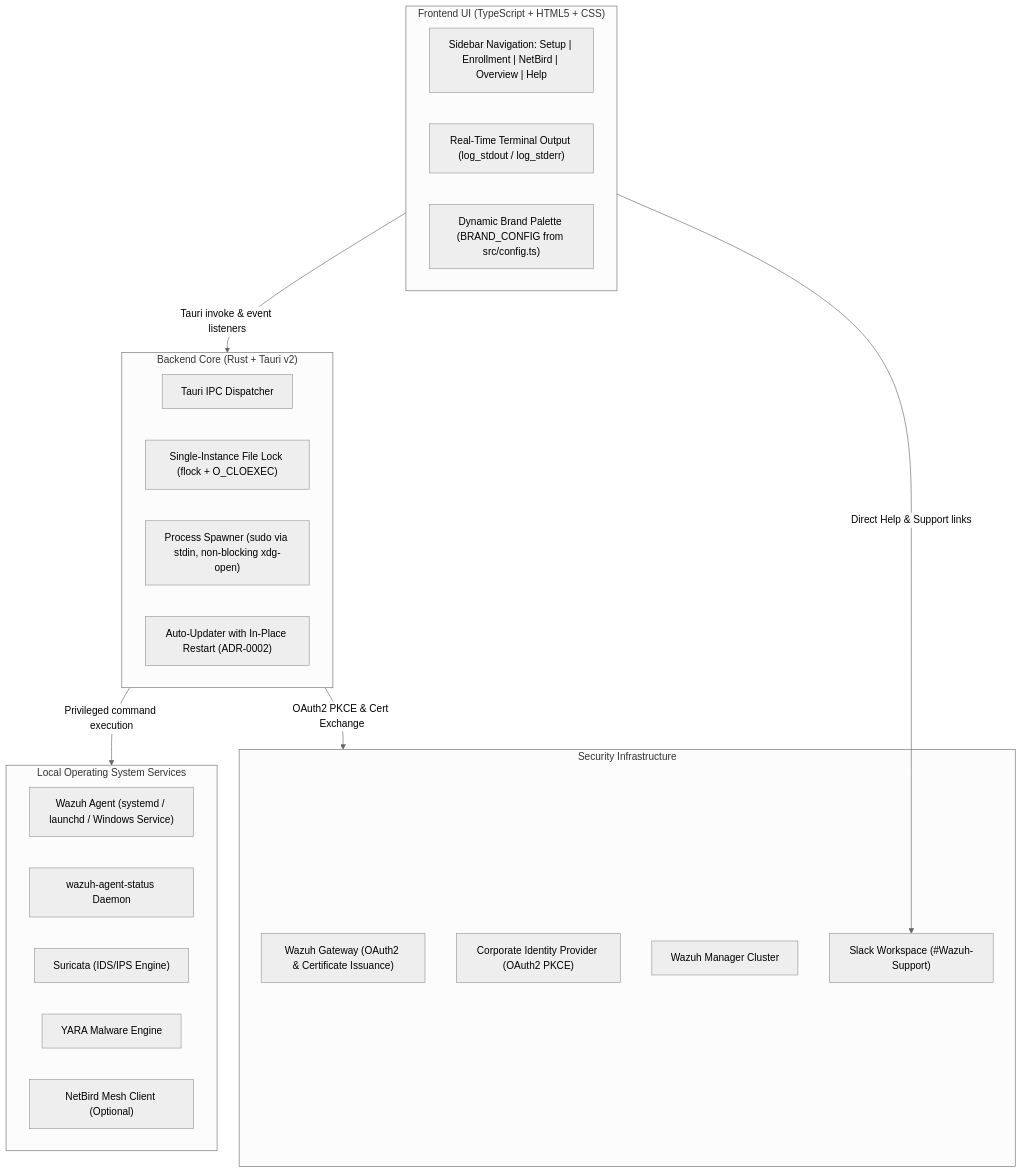
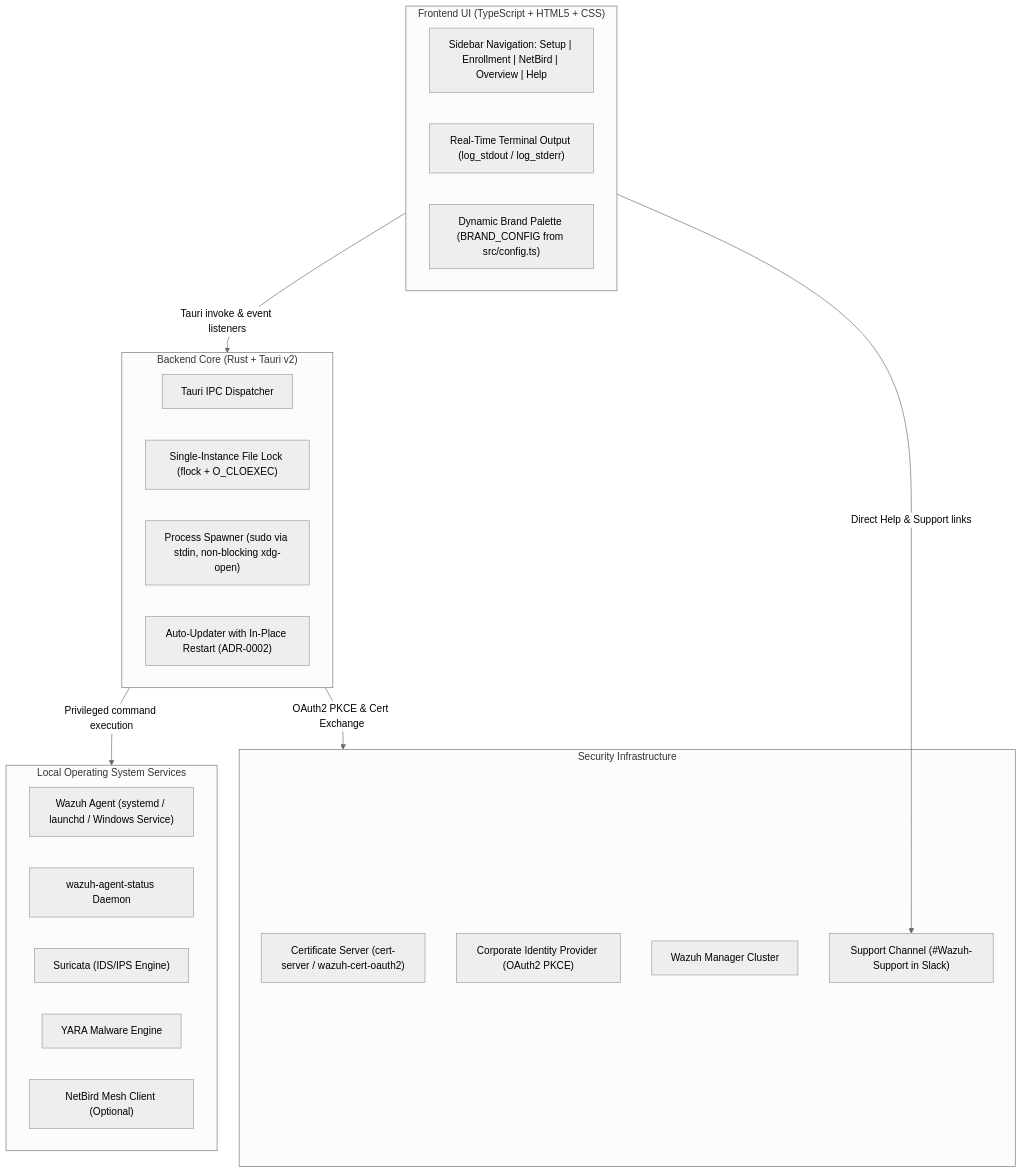
The first of 3 diagrams in docs/architecture/overview.md (ADORSYS-GIS/wazuh-agent-installer), drawn with Mermaid (neutral theme) before and after one commit. The commit also changed other lines of this file and 3 other files, not shown here.

First line of the commit message:
docs: use cert-server terminology, fix Mermaid edge syntax, and sanitize URLs

````diff
--- a/docs/architecture/overview.md
+++ b/docs/architecture/overview.md
@@ -9,35 +9,35 @@
 ```mermaid
 flowchart TD
     subgraph Frontend["Frontend UI (TypeScript + HTML5 + CSS)"]
         UI_TABS["Sidebar Navigation: Setup | Enrollment | NetBird | Overview | Help"]
         UI_LOGS["Real-Time Terminal Output (log_stdout / log_stderr)"]
         UI_THEME["Dynamic Brand Palette (BRAND_CONFIG from src/config.ts)"]
     end
 
     subgraph TauriCore["Backend Core (Rust + Tauri v2)"]
         IPC["Tauri IPC Dispatcher"]
         LOCK["Single-Instance File Lock (flock + O_CLOEXEC)"]
         PROC["Process Spawner (sudo via stdin, non-blocking xdg-open)"]
         UPDATER["Auto-Updater with In-Place Restart (ADR-0002)"]
     end
 
     subgraph SystemServices["Local Operating System Services"]
         WAZUH_AGENT["Wazuh Agent (systemd / launchd / Windows Service)"]
         STATUS_DAEMON["wazuh-agent-status Daemon"]
         NIDS["Suricata (IDS/IPS Engine)"]
         YARA_ENG["YARA Malware Engine"]
         NETBIRD_CLIENT["NetBird Mesh Client (Optional)"]
     end
 
     subgraph CloudInfra["Security Infrastructure"]
-        GATEWAY["Wazuh Gateway (OAuth2 & Certificate Issuance)"]
+        CERTSERVER["Certificate Server (cert-server / wazuh-cert-oauth2)"]
         IDP["Corporate Identity Provider (OAuth2 PKCE)"]
         MANAGER["Wazuh Manager Cluster"]
-        SLACK["Slack Workspace (#Wazuh-Support)"]
+        SLACK["Support Channel (#Wazuh-Support in Slack)"]
     end
 
-    Frontend -->|Tauri invoke & event listeners| TauriCore
-    TauriCore -->|Privileged command execution| SystemServices
-    TauriCore -->|OAuth2 PKCE & Cert Exchange| CloudInfra
-    Frontend -->|Direct Help & Support links| SLACK
+    Frontend -->|"Tauri invoke & event listeners"| TauriCore
+    TauriCore -->|"Privileged command execution"| SystemServices
+    TauriCore -->|"OAuth2 PKCE & Cert Exchange"| CloudInfra
+    Frontend -->|"Direct Help & Support links"| SLACK
 ```
````
